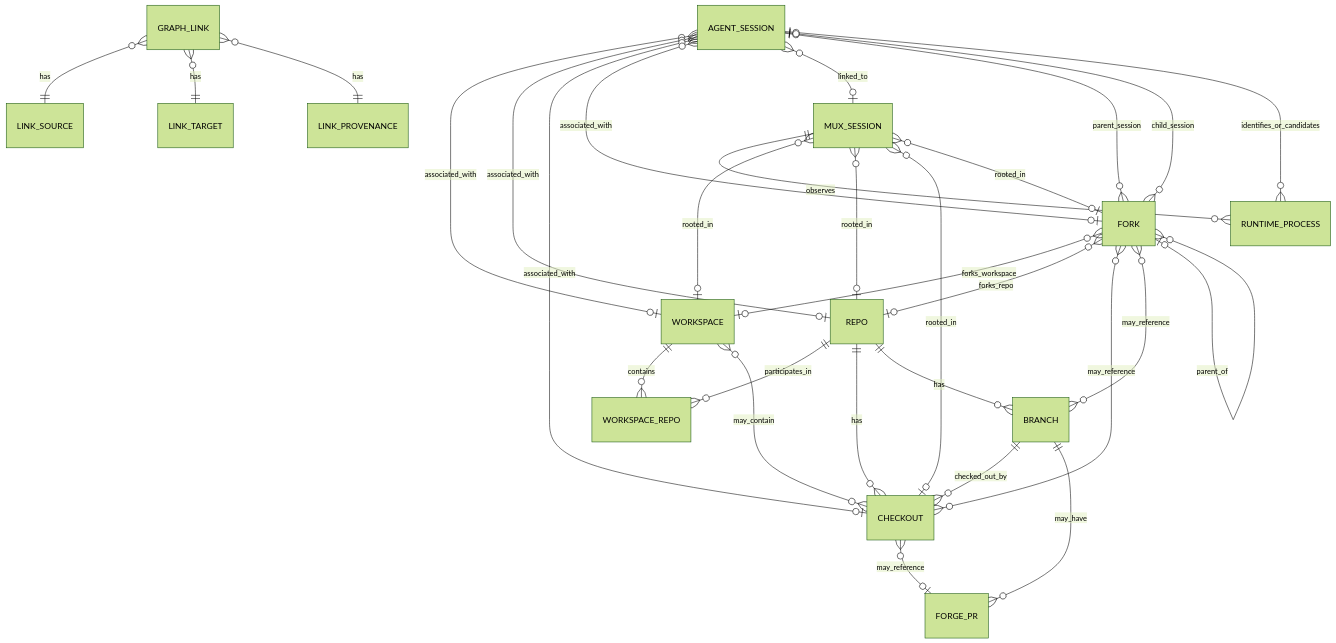
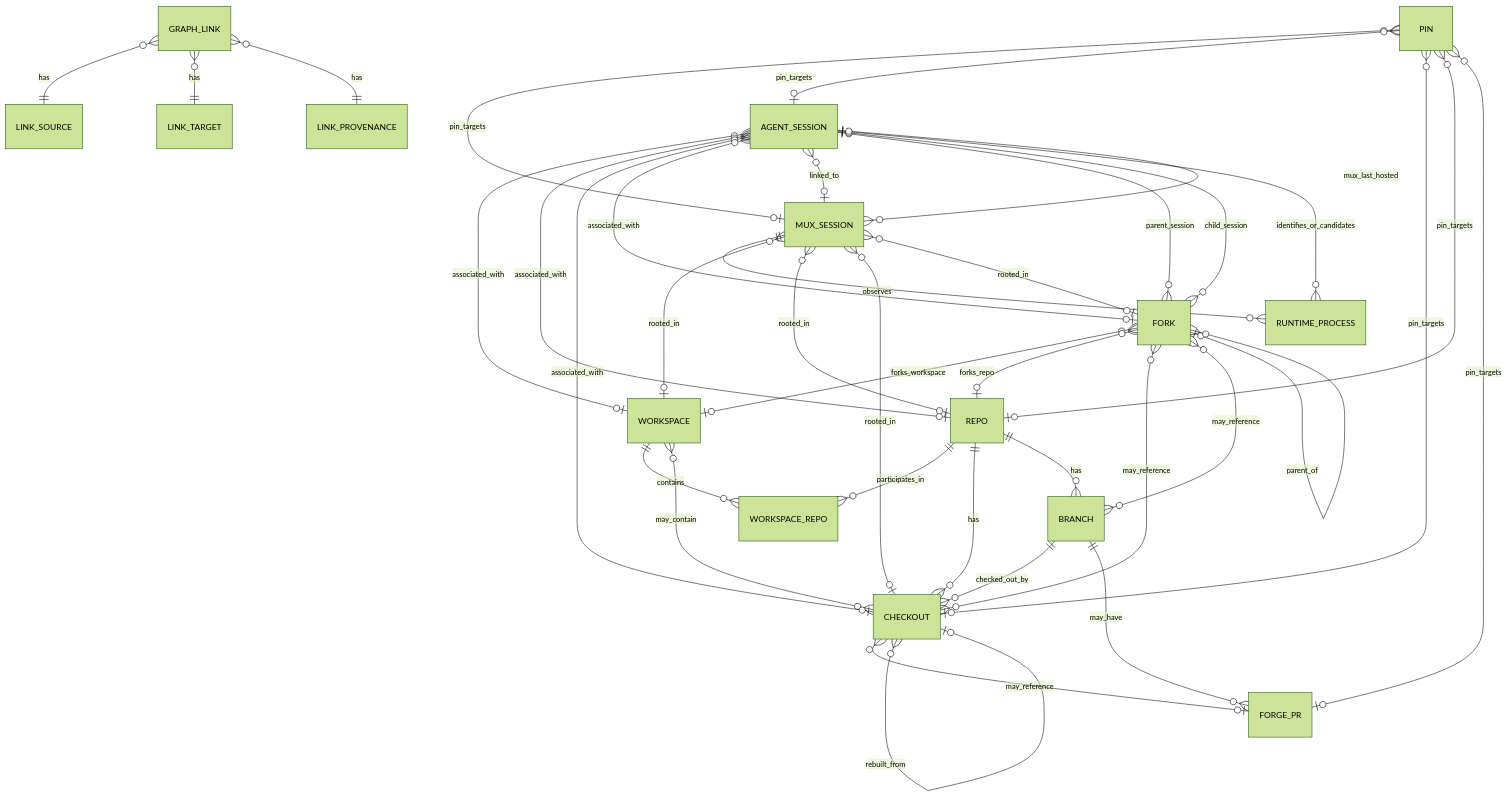
One commit to malloc47/conspectus changed the diagram in docs/design.md. Above: the diagram before and after it, drawn with Mermaid (forest theme). The commit also changed other lines of this file and 432 other files, not shown here.

````diff
--- a/docs/design.md
+++ b/docs/design.md
@@ -196,36 +199,44 @@
 ```mermaid
 erDiagram
     WORKSPACE ||--o{ WORKSPACE_REPO : contains
     REPO ||--o{ WORKSPACE_REPO : participates_in
     REPO ||--o{ CHECKOUT : has
     REPO ||--o{ BRANCH : has
     BRANCH ||--o{ CHECKOUT : checked_out_by
     WORKSPACE }o--o{ CHECKOUT : may_contain
 
     AGENT_SESSION }o--o| WORKSPACE : associated_with
     AGENT_SESSION }o--o| REPO : associated_with
     AGENT_SESSION }o--o| CHECKOUT : associated_with
     AGENT_SESSION }o--o| FORK : associated_with
     AGENT_SESSION }o--o| MUX_SESSION : linked_to
     MUX_SESSION ||--o{ RUNTIME_PROCESS : observes
     RUNTIME_PROCESS }o--o| AGENT_SESSION : identifies_or_candidates
     MUX_SESSION }o--o| WORKSPACE : rooted_in
     MUX_SESSION }o--o| REPO : rooted_in
     MUX_SESSION }o--o| CHECKOUT : rooted_in
     MUX_SESSION }o--o| FORK : rooted_in
 
     FORK }o--o| WORKSPACE : forks_workspace
     FORK }o--o| REPO : forks_repo
     FORK }o--o{ CHECKOUT : may_reference
     FORK }o--o{ BRANCH : may_reference
     FORK }o--o| AGENT_SESSION : parent_session
     FORK }o--o| AGENT_SESSION : child_session
     FORK |o--o{ FORK : parent_of
 
     BRANCH ||--o{ FORGE_PR : may_have
     CHECKOUT }o--o| FORGE_PR : may_reference
 
+    PIN }o--o| MUX_SESSION : pin_targets
+    PIN }o--o| AGENT_SESSION : pin_targets
+    PIN }o--o| CHECKOUT : pin_targets
+    PIN }o--o| REPO : pin_targets
+    PIN }o--o| FORGE_PR : pin_targets
+    MUX_SESSION }o--o| AGENT_SESSION : mux_last_hosted
+    CHECKOUT }o--o| CHECKOUT : rebuilt_from
+
     GRAPH_LINK }o--|| LINK_SOURCE : has
     GRAPH_LINK }o--|| LINK_TARGET : has
     GRAPH_LINK }o--|| LINK_PROVENANCE : has
 ```
````
